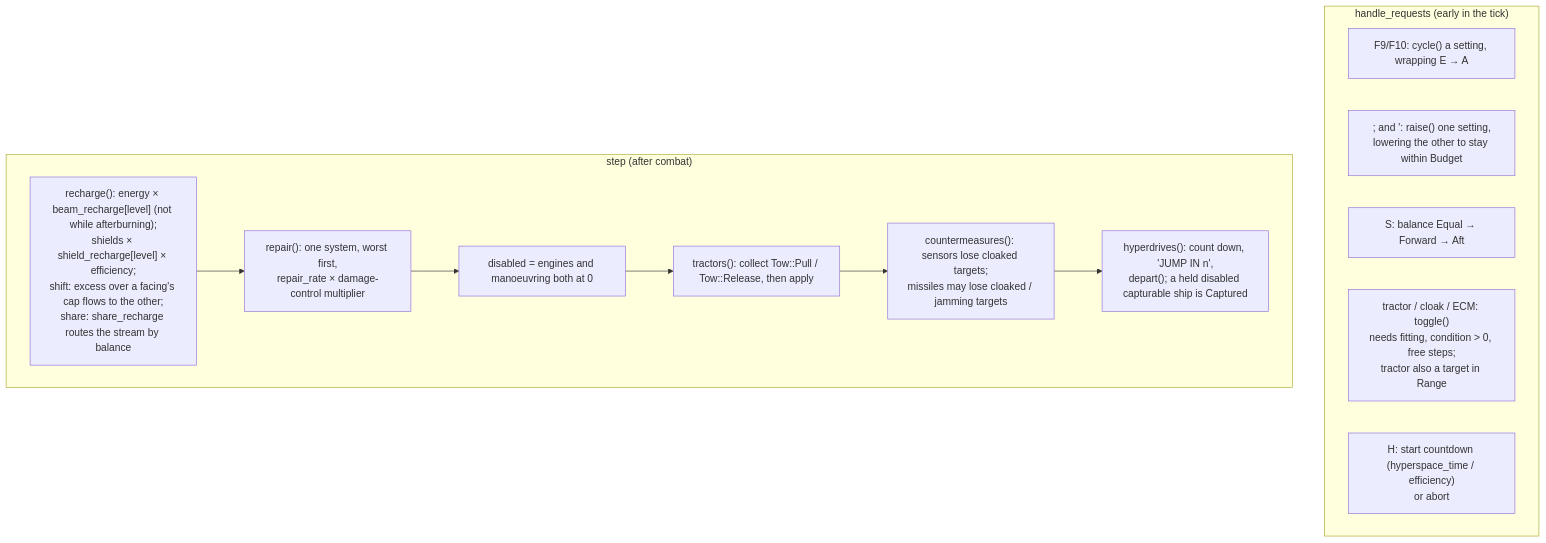
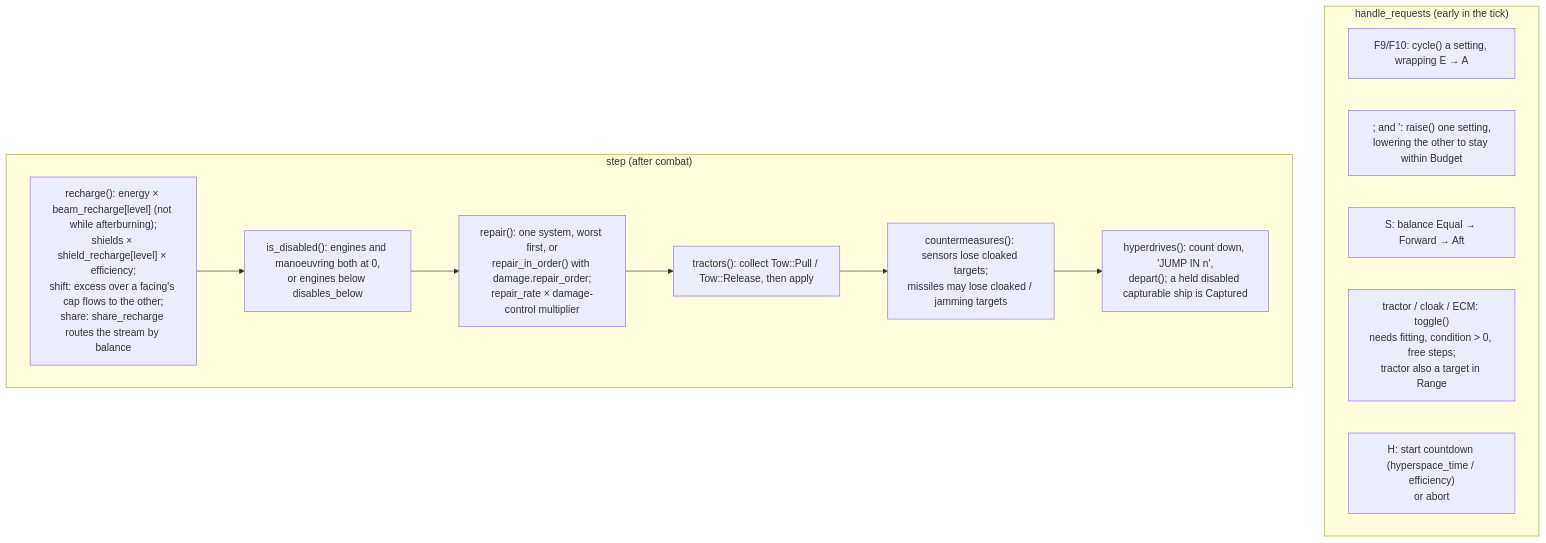
One commit to bbogovich/OpenInterceptor changed the sixth of 7 diagrams in docs/implementation/architecture/sim.md. Above: the diagram before and after it, drawn with Mermaid. The commit also changed other lines of this file and 7 other files, not shown here.

First line of the commit message:
System damage, mounts, repair order, engine failure (#116, app NEXT)

````diff
--- a/docs/implementation/architecture/sim.md
+++ b/docs/implementation/architecture/sim.md
@@ -381,19 +381,19 @@
 ```mermaid
 flowchart TD
     subgraph req["handle_requests (early in the tick)"]
       R1["F9/F10: cycle() a setting, wrapping E → A"]
       R2["; and ': raise() one setting,<br/>lowering the other to stay within Budget"]
       R3["S: balance Equal → Forward → Aft"]
       R4["tractor / cloak / ECM: toggle()<br/>needs fitting, condition > 0, free steps;<br/>tractor also a target in Range"]
       R5["H: start countdown (hyperspace_time / efficiency)<br/>or abort"]
     end
     subgraph step["step (after combat)"]
       S1["recharge(): energy × beam_recharge[level] (not while afterburning);<br/>shields × shield_recharge[level] × efficiency;<br/>shift: excess over a facing's cap flows to the other;<br/>share: share_recharge routes the stream by balance"]
-      S2["repair(): one system, worst first,<br/>repair_rate × damage-control multiplier"]
-      S3["disabled = engines and manoeuvring both at 0"]
+      S3["is_disabled(): engines and manoeuvring both at 0,<br/>or engines below disables_below"]
+      S2["repair(): one system, worst first, or<br/>repair_in_order() with damage.repair_order;<br/>repair_rate × damage-control multiplier"]
       S4["tractors(): collect Tow::Pull / Tow::Release, then apply"]
       S5["countermeasures(): sensors lose cloaked targets;<br/>missiles may lose cloaked / jamming targets"]
       S6["hyperdrives(): count down, 'JUMP IN n',<br/>depart(); a held disabled capturable ship is Captured"]
-      S1 --> S2 --> S3 --> S4 --> S5 --> S6
+      S1 --> S3 --> S2 --> S4 --> S5 --> S6
     end
 ```
````
